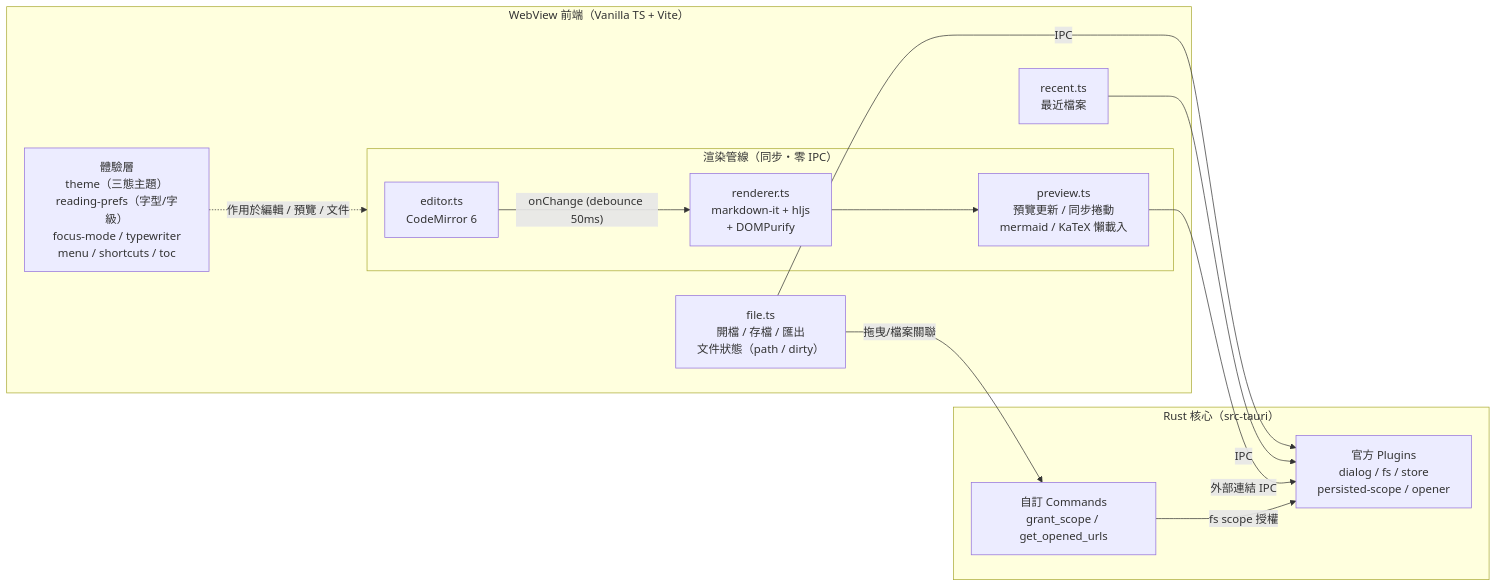
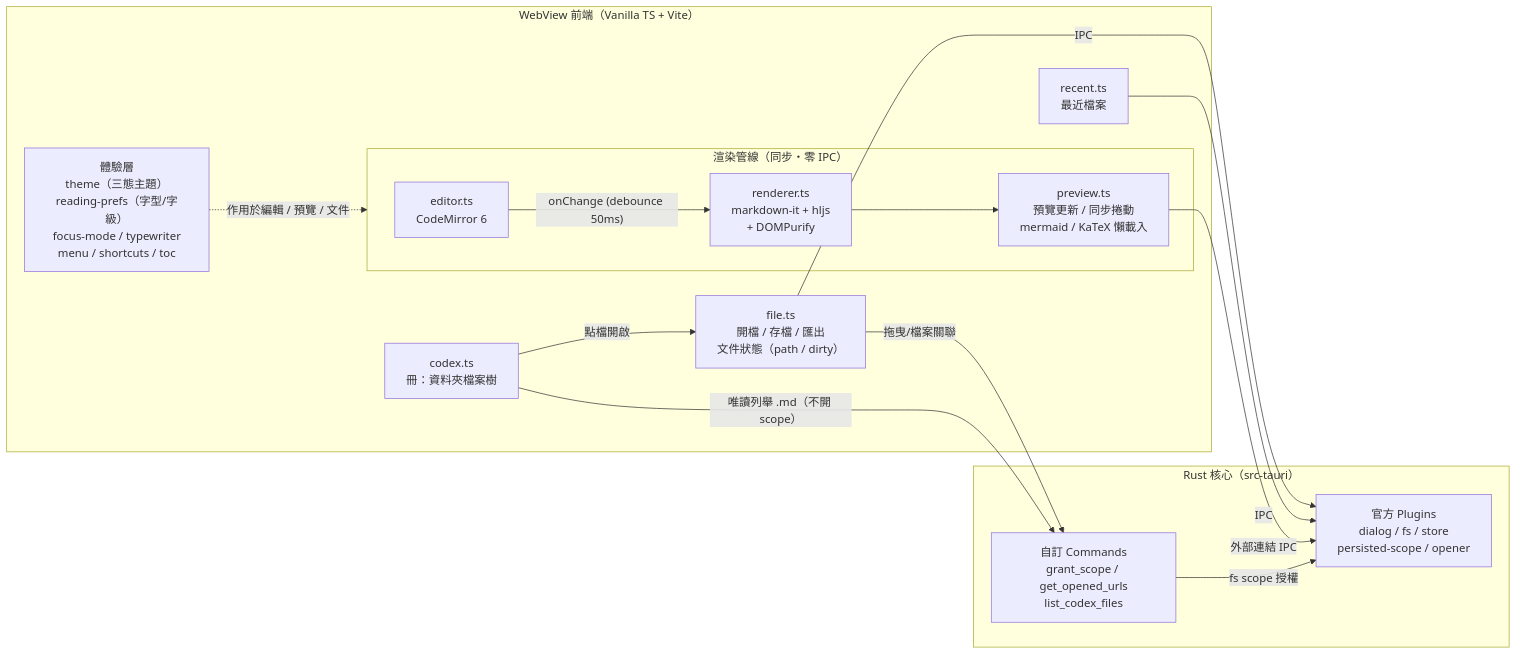
The diagram in README.md (tznthou/plume), drawn with Mermaid before and after one commit. The commit also changed other lines of this file and 1 other file, not shown here.

First line of the commit message:
docs: document Codex (L1) in README

````diff
--- a/README.md
+++ b/README.md
@@ -65,24 +66,27 @@
 ```mermaid
 flowchart LR
     subgraph Frontend["WebView 前端（Vanilla TS + Vite）"]
         subgraph Pipeline["渲染管線（同步・零 IPC）"]
             Editor["editor.ts<br/>CodeMirror 6"]
             Renderer["renderer.ts<br/>markdown-it + hljs<br/>+ DOMPurify"]
             Preview["preview.ts<br/>預覽更新 / 同步捲動<br/>mermaid / KaTeX 懶載入"]
         end
         UX["體驗層<br/>theme（三態主題）<br/>reading-prefs（字型/字級）<br/>focus-mode / typewriter<br/>menu / shortcuts / toc"]
         File["file.ts<br/>開檔 / 存檔 / 匯出<br/>文件狀態（path / dirty）"]
         Recent["recent.ts<br/>最近檔案"]
+        Codex["codex.ts<br/>冊：資料夾檔案樹"]
     end
     subgraph Rust["Rust 核心（src-tauri）"]
         Plugins["官方 Plugins<br/>dialog / fs / store<br/>persisted-scope / opener"]
-        Commands["自訂 Commands<br/>grant_scope / get_opened_urls"]
+        Commands["自訂 Commands<br/>grant_scope / get_opened_urls<br/>list_codex_files"]
     end
     Editor -- "onChange (debounce 50ms)" --> Renderer --> Preview
     UX -. "作用於編輯 / 預覽 / 文件" .-> Pipeline
     File -- IPC --> Plugins
     Recent -- IPC --> Plugins
     Preview -- "外部連結 IPC" --> Plugins
     File -- "拖曳/檔案關聯" --> Commands
+    Codex -- "唯讀列舉 .md（不開 scope）" --> Commands
+    Codex -- "點檔開啟" --> File
     Commands -- "fs scope 授權" --> Plugins
 ```
````
